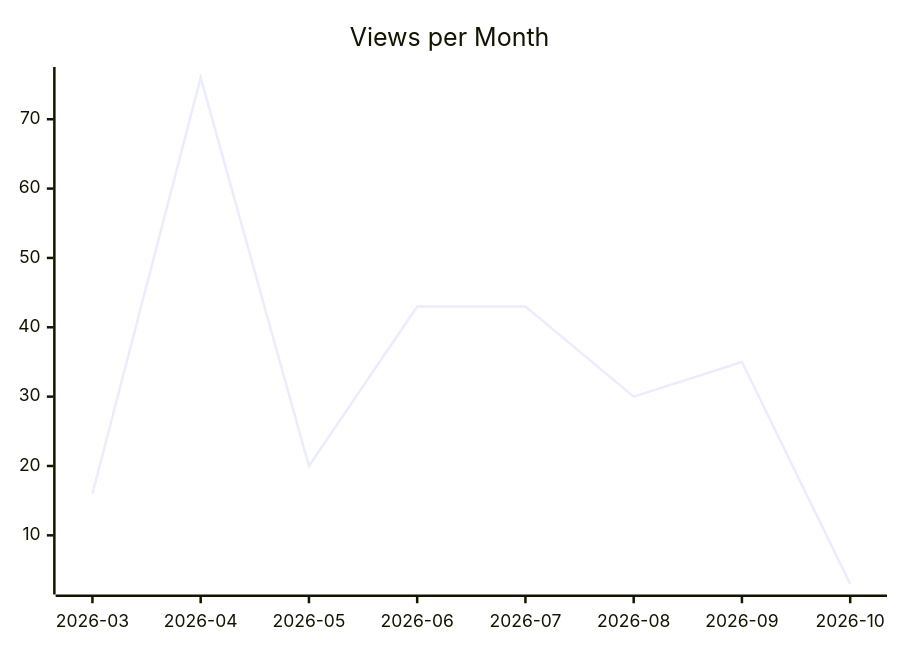
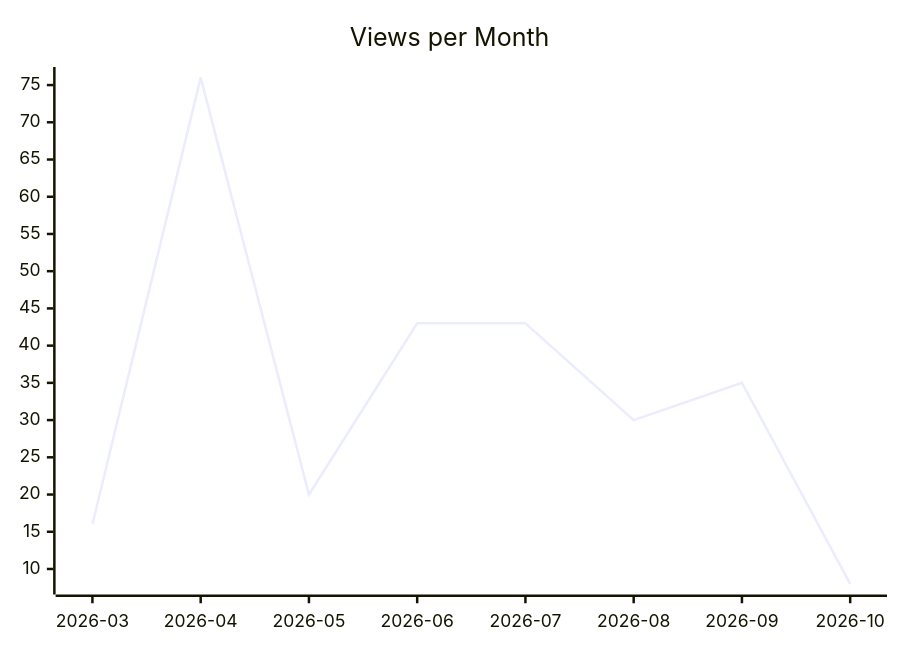
The second of 3 diagrams in karlmdavis/ksoap2-android/README.md (justdavis-family/github-analytics-data), drawn with Mermaid before and after one commit. The commit also changed other lines of this file and 201 other files, not shown here.

````diff
--- a/karlmdavis/ksoap2-android/README.md
+++ b/karlmdavis/ksoap2-android/README.md
@@ -12,6 +12,6 @@
 ```mermaid
 xychart-beta
   title "Views per Month"
   x-axis ["2026-03", "2026-04", "2026-05", "2026-06", "2026-07", "2026-08", "2026-09", "2026-10"]
-  line [16, 76, 20, 43, 43, 30, 35, 3]
+  line [16, 76, 20, 43, 43, 30, 35, 8]
 ```
````
